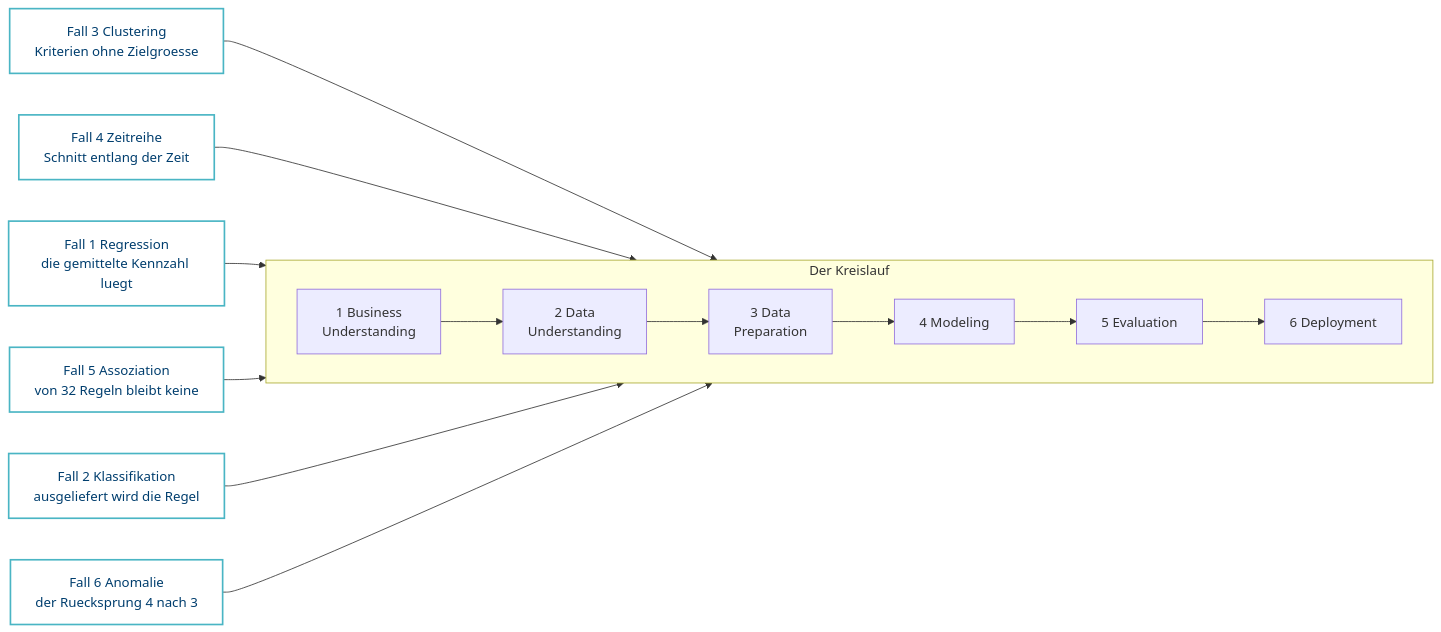
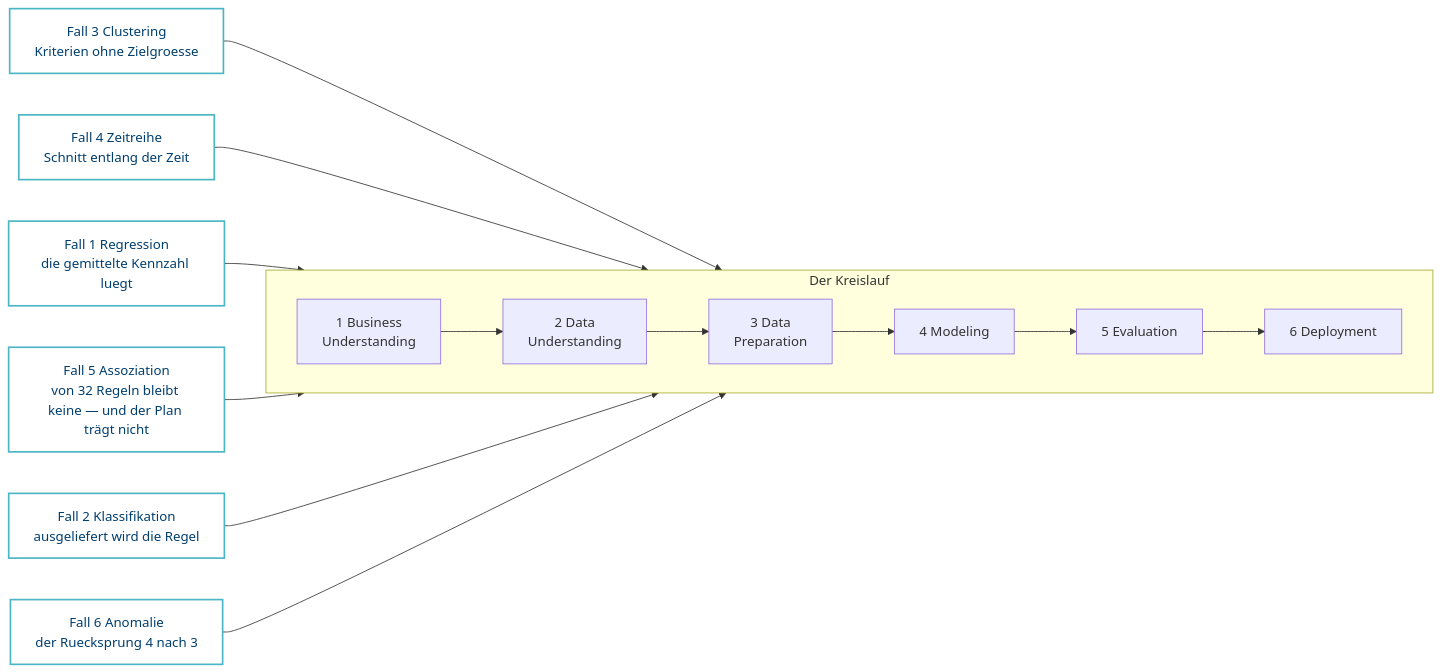
The diagram in doku/analytics/diagramme/crispdm-faelle.mmd (swrobuts/velocity-fallstudie), drawn with Mermaid before and after one commit. The commit also changed 21 other files, not shown here.

```diff
--- a/doku/analytics/diagramme/crispdm-faelle.mmd
+++ b/doku/analytics/diagramme/crispdm-faelle.mmd
@@ -1,22 +1,22 @@
 %% Welcher Fall beleuchtet welche Phase? Die Grundlage der Deckstruktur.
 flowchart LR
     subgraph K["Der Kreislauf"]
         direction LR
         P1["1 Business<br/>Understanding"]
         P2["2 Data<br/>Understanding"]
         P3["3 Data<br/>Preparation"]
         P4["4 Modeling"]
         P5["5 Evaluation"]
         P6["6 Deployment"]
         P1 --> P2 --> P3 --> P4 --> P5 --> P6
     end
 
     F3["Fall 3 Clustering<br/>Kriterien ohne Zielgroesse"] --> P1
     F4["Fall 4 Zeitreihe<br/>Schnitt entlang der Zeit"] --> P3
     F1["Fall 1 Regression<br/>die gemittelte Kennzahl luegt"] --> P5
-    F5["Fall 5 Assoziation<br/>von 32 Regeln bleibt keine"] --> P5
+    F5["Fall 5 Assoziation<br/>von 32 Regeln bleibt keine — und der Plan trägt nicht"] --> P5
     F2["Fall 2 Klassifikation<br/>ausgeliefert wird die Regel"] --> P6
     F6["Fall 6 Anomalie<br/>der Ruecksprung 4 nach 3"] --> P4
 
     classDef fall fill:#FFFFFF,stroke:#4AB5C4,stroke-width:2px,color:#003E6E
     class F1,F2,F3,F4,F5,F6 fall
```
